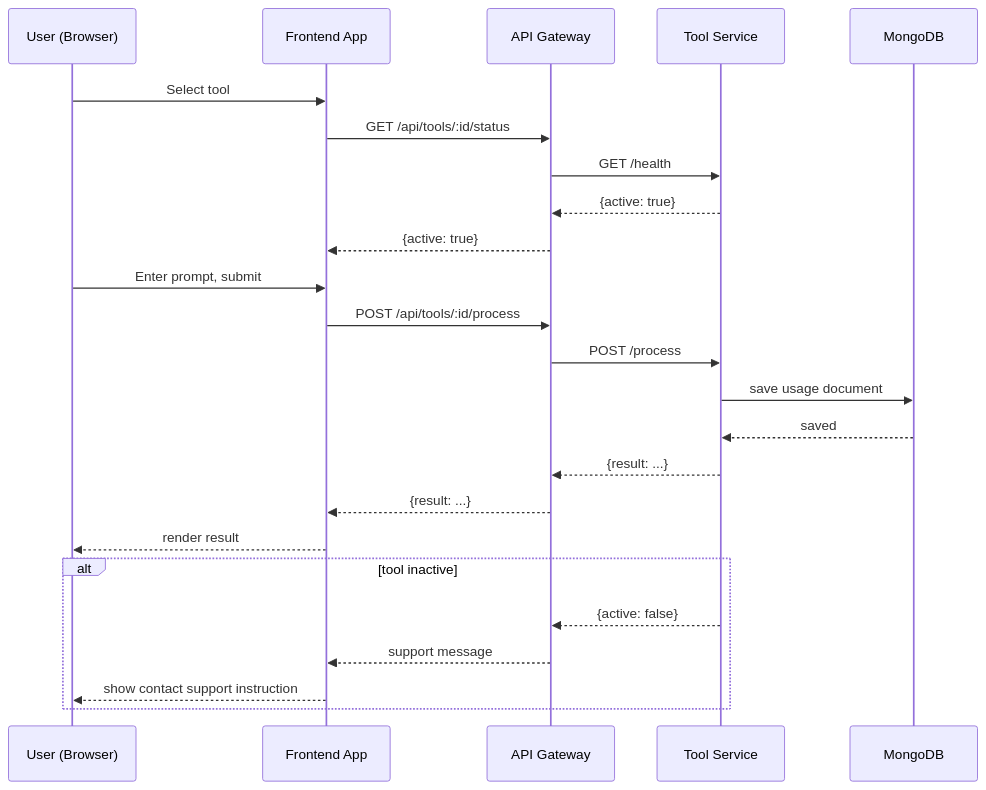
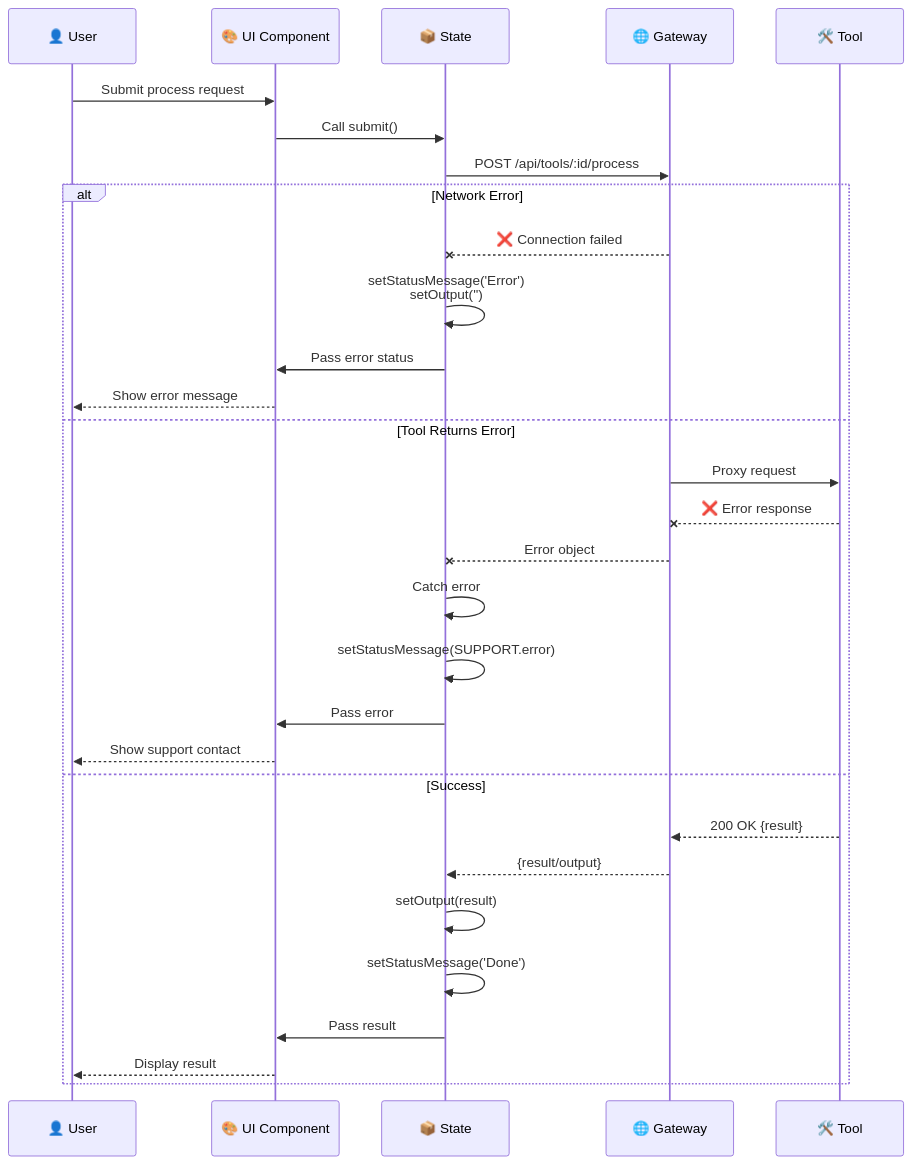
One commit to kapiljain257-design/AI_Tools changed the sixth of 6 diagrams in docs/diagrams/sequence_diagram.md. Above: the diagram before and after it, drawn with Mermaid. The commit also changed other lines of this file and 27 other files, not shown here.

````diff
--- a/docs/diagrams/sequence_diagram.md
+++ b/docs/diagrams/sequence_diagram.md
@@ -3,29 +154,35 @@
 ```mermaid
 sequenceDiagram
-    participant U as User (Browser)
-    participant F as Frontend App
-    participant G as API Gateway
-    participant T as Tool Service
-    participant M as MongoDB
-
-    U->>F: Select tool
-    F->>G: GET /api/tools/:id/status
-    G->>T: GET /health
-    T-->>G: {active: true}
-    G-->>F: {active: true}
-
-    U->>F: Enter prompt, submit
-    F->>G: POST /api/tools/:id/process
-    G->>T: POST /process
-    T->>M: save usage document
-    M-->>T: saved
-    T-->>G: {result: ...}
-    G-->>F: {result: ...}
-    F-->>U: render result
-
-    alt tool inactive
-      T-->>G: {active: false}
-      G-->>F: support message
-      F-->>U: show contact support instruction
+    participant User as 👤 User
+    participant UI as 🎨 UI Component
+    participant State as 📦 State
+    participant Gateway as 🌐 Gateway
+    participant Tool as 🛠️ Tool
+    
+    User->>UI: Submit process request
+    UI->>State: Call submit()
+    
+    State->>Gateway: POST /api/tools/:id/process
+    
+    alt Network Error
+        Gateway--xState: ❌ Connection failed
+        State->>State: setStatusMessage('Error')<br/>setOutput('')
+        State->>UI: Pass error status
+        UI-->>User: Show error message
+    else Tool Returns Error
+        Gateway->>Tool: Proxy request
+        Tool--xGateway: ❌ Error response
+        Gateway--xState: Error object
+        State->>State: Catch error
+        State->>State: setStatusMessage(SUPPORT.error)
+        State->>UI: Pass error
+        UI-->>User: Show support contact
+    else Success
+        Tool-->>Gateway: 200 OK {result}
+        Gateway-->>State: {result/output}
+        State->>State: setOutput(result)
+        State->>State: setStatusMessage('Done')
+        State->>UI: Pass result
+        UI-->>User: Display result
     end
 ```
````
